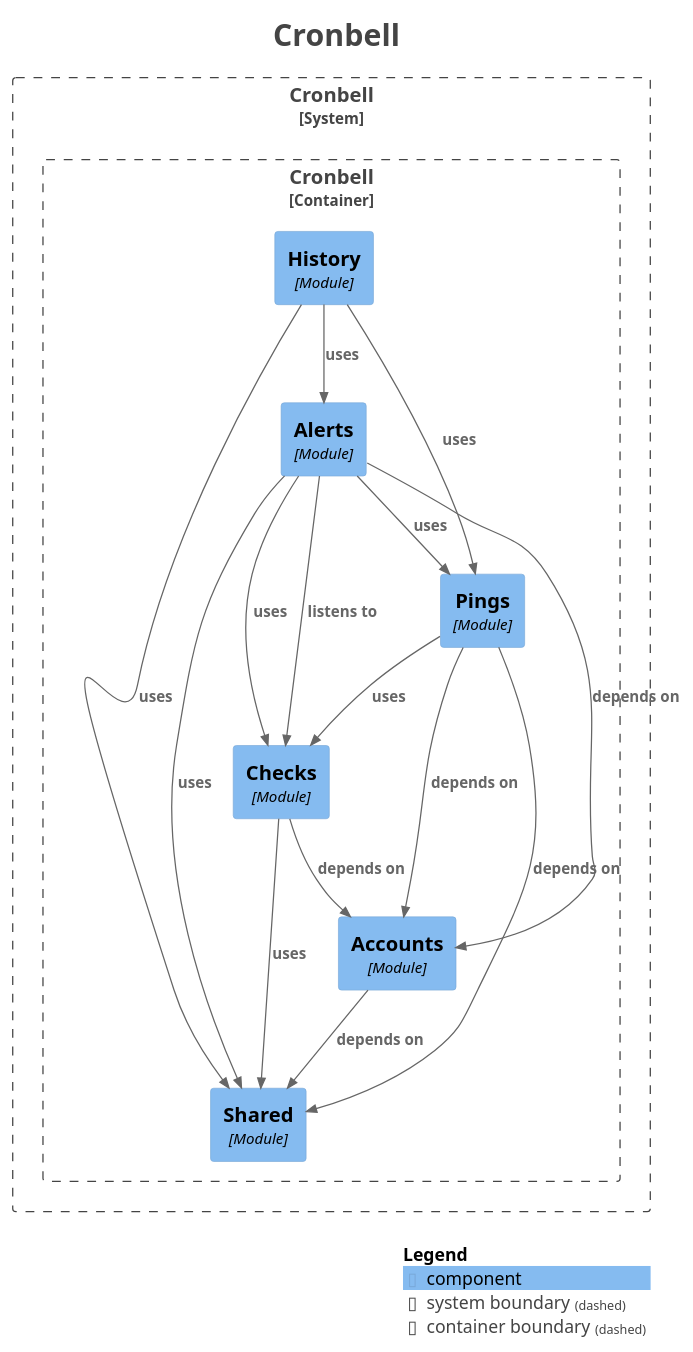
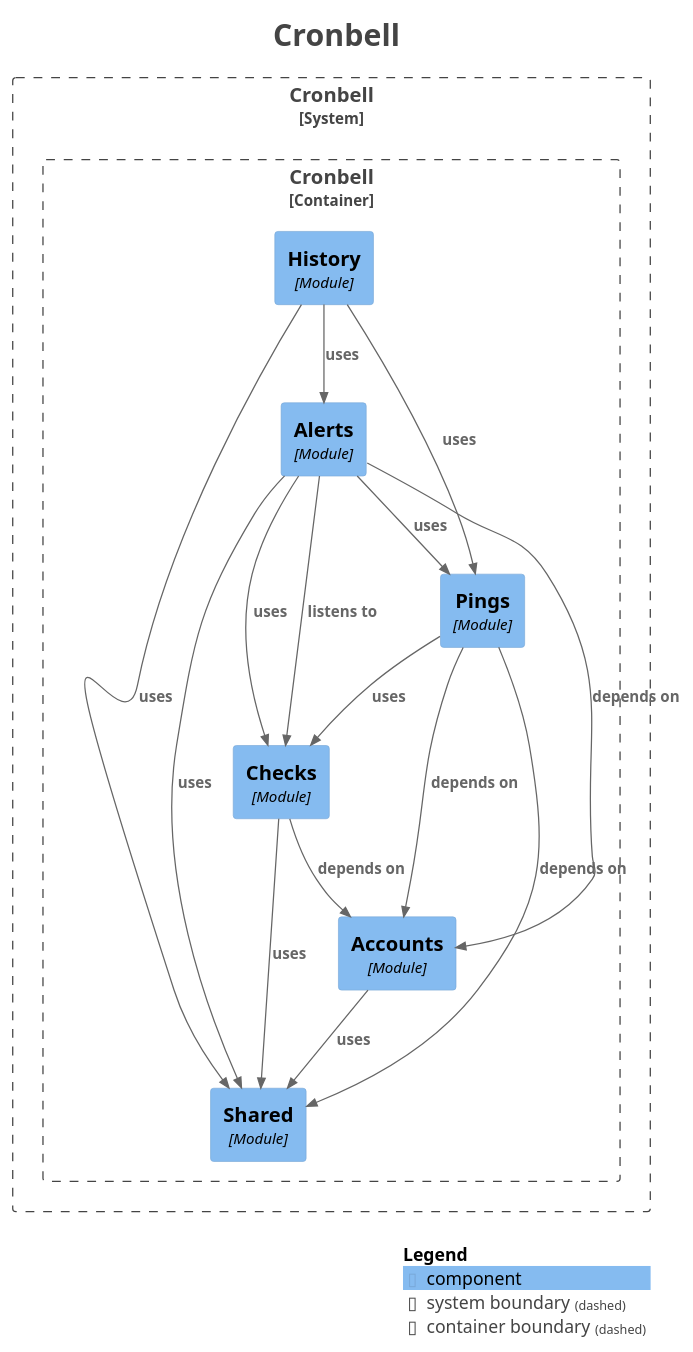
The diagram in docs/architecture/components.puml (steelreed/cronbell), drawn with PlantUML before and after one commit. The commit also changed 9 other files, not shown here.

First line of the commit message:
docs: describe roles, sessions and invites in the architecture

```diff
--- a/docs/architecture/components.puml
+++ b/docs/architecture/components.puml
@@ -1,47 +1,47 @@
 @startuml
 title <size:24>Cronbell</size>
 
 set separator none
 top to bottom direction
 
 <style>
   root {
     BackgroundColor: #ffffff
     FontColor: #444444
   }
 </style>
 
 !include <C4/C4>
 !include <C4/C4_Context>
 !include <C4/C4_Component>
 
 System_Boundary("Cronbell_boundary", "Cronbell", $tags="") {
   Container_Boundary("Cronbell.Cronbell_boundary", "Cronbell", $tags="") {
     Component(Cronbell.Cronbell.Shared, "Shared", $techn="Module", $descr="", $tags="", $link="")
     Component(Cronbell.Cronbell.Accounts, "Accounts", $techn="Module", $descr="", $tags="", $link="")
     Component(Cronbell.Cronbell.Checks, "Checks", $techn="Module", $descr="", $tags="", $link="")
     Component(Cronbell.Cronbell.Pings, "Pings", $techn="Module", $descr="", $tags="", $link="")
     Component(Cronbell.Cronbell.Alerts, "Alerts", $techn="Module", $descr="", $tags="", $link="")
     Component(Cronbell.Cronbell.History, "History", $techn="Module", $descr="", $tags="", $link="")
   }
 
 }
 
-Rel(Cronbell.Cronbell.Pings, Cronbell.Cronbell.Shared, "depends on", $techn="", $tags="", $link="")
-Rel(Cronbell.Cronbell.Pings, Cronbell.Cronbell.Accounts, "depends on", $techn="", $tags="", $link="")
-Rel(Cronbell.Cronbell.Pings, Cronbell.Cronbell.Checks, "uses", $techn="", $tags="", $link="")
-Rel(Cronbell.Cronbell.Accounts, Cronbell.Cronbell.Shared, "depends on", $techn="", $tags="", $link="")
+Rel(Cronbell.Cronbell.History, Cronbell.Cronbell.Pings, "uses", $techn="", $tags="", $link="")
+Rel(Cronbell.Cronbell.History, Cronbell.Cronbell.Alerts, "uses", $techn="", $tags="", $link="")
+Rel(Cronbell.Cronbell.History, Cronbell.Cronbell.Shared, "uses", $techn="", $tags="", $link="")
 Rel(Cronbell.Cronbell.Alerts, Cronbell.Cronbell.Checks, "listens to", $techn="", $tags="", $link="")
 Rel(Cronbell.Cronbell.Alerts, Cronbell.Cronbell.Accounts, "depends on", $techn="", $tags="", $link="")
 Rel(Cronbell.Cronbell.Alerts, Cronbell.Cronbell.Checks, "uses", $techn="", $tags="", $link="")
 Rel(Cronbell.Cronbell.Alerts, Cronbell.Cronbell.Pings, "uses", $techn="", $tags="", $link="")
 Rel(Cronbell.Cronbell.Alerts, Cronbell.Cronbell.Shared, "uses", $techn="", $tags="", $link="")
-Rel(Cronbell.Cronbell.History, Cronbell.Cronbell.Pings, "uses", $techn="", $tags="", $link="")
-Rel(Cronbell.Cronbell.History, Cronbell.Cronbell.Alerts, "uses", $techn="", $tags="", $link="")
-Rel(Cronbell.Cronbell.History, Cronbell.Cronbell.Shared, "uses", $techn="", $tags="", $link="")
+Rel(Cronbell.Cronbell.Pings, Cronbell.Cronbell.Shared, "depends on", $techn="", $tags="", $link="")
+Rel(Cronbell.Cronbell.Pings, Cronbell.Cronbell.Accounts, "depends on", $techn="", $tags="", $link="")
+Rel(Cronbell.Cronbell.Pings, Cronbell.Cronbell.Checks, "uses", $techn="", $tags="", $link="")
 Rel(Cronbell.Cronbell.Checks, Cronbell.Cronbell.Accounts, "depends on", $techn="", $tags="", $link="")
 Rel(Cronbell.Cronbell.Checks, Cronbell.Cronbell.Shared, "uses", $techn="", $tags="", $link="")
+Rel(Cronbell.Cronbell.Accounts, Cronbell.Cronbell.Shared, "uses", $techn="", $tags="", $link="")
 
 SHOW_LEGEND(true)
 hide stereotypes
 @enduml
```
